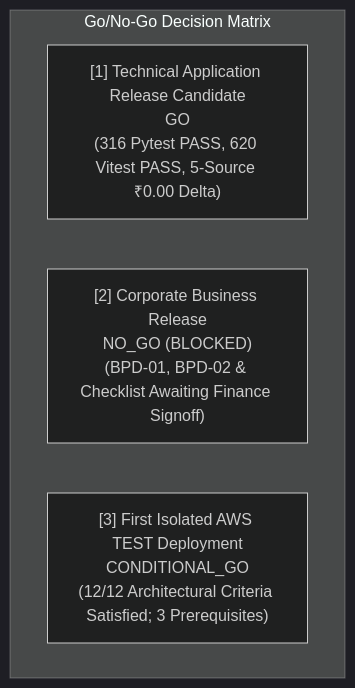
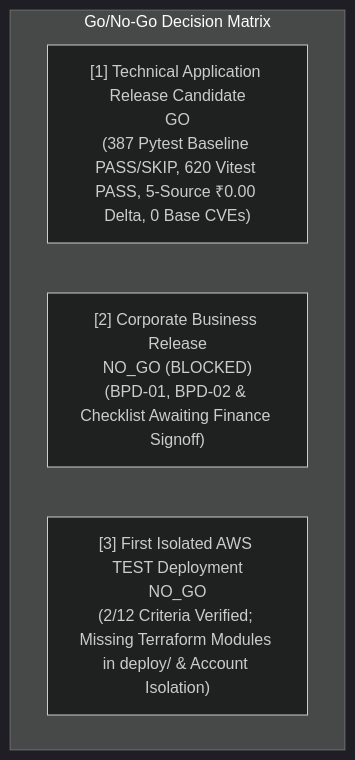
One commit to AnishB-Personal/collectflow changed the diagram in docs/reviews/COLLECTFLOW_RELEASE_RCP01_PREFLIGHT_REPORT.md. Above: the diagram before and after it, drawn with Mermaid (dark theme). The commit also changed other lines of this file and 6 other files, not shown here.

Commit message:
fix(rcp01): remediate container vulnerabilities, replace synthetic audits with real security tooling, and correct AWS test readiness

````diff
--- a/docs/reviews/COLLECTFLOW_RELEASE_RCP01_PREFLIGHT_REPORT.md
+++ b/docs/reviews/COLLECTFLOW_RELEASE_RCP01_PREFLIGHT_REPORT.md
@@ -133,8 +146,8 @@
 ```mermaid
 flowchart TD
     subgraph Matrix ["Go/No-Go Decision Matrix"]
-        T["[1] Technical Application Release Candidate<br/>GO<br/>(316 Pytest PASS, 620 Vitest PASS, 5-Source ₹0.00 Delta)"]
+        T["[1] Technical Application Release Candidate<br/>GO<br/>(387 Pytest Baseline PASS/SKIP, 620 Vitest PASS, 5-Source ₹0.00 Delta, 0 Base CVEs)"]
         B["[2] Corporate Business Release<br/>NO_GO (BLOCKED)<br/>(BPD-01, BPD-02 & Checklist Awaiting Finance Signoff)"]
-        A["[3] First Isolated AWS TEST Deployment<br/>CONDITIONAL_GO<br/>(12/12 Architectural Criteria Satisfied; 3 Prerequisites)"]
+        A["[3] First Isolated AWS TEST Deployment<br/>NO_GO<br/>(2/12 Criteria Verified; Missing Terraform Modules in deploy/ & Account Isolation)"]
     end
 ```
````
